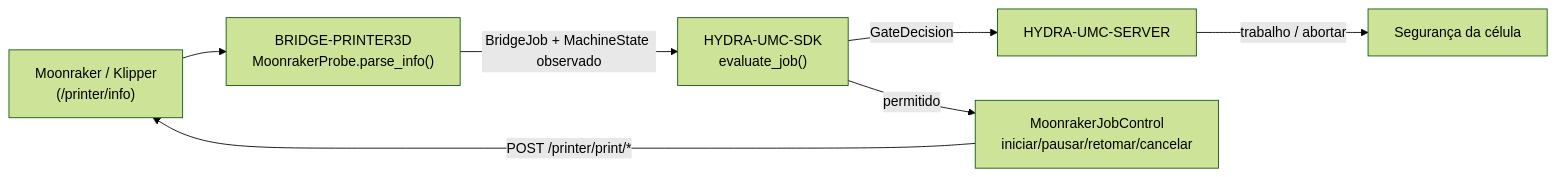
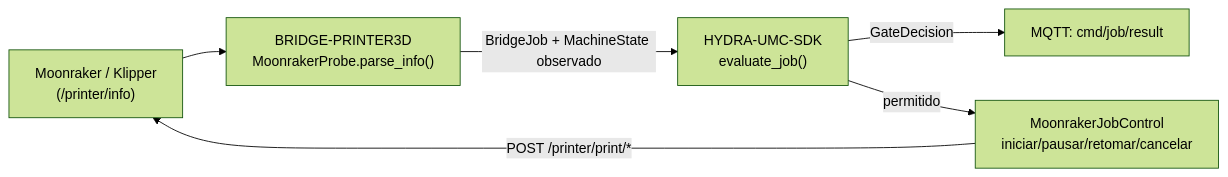
The diagram in README_por.md (JuanenRac/HYDRA-UMC-BRIDGE-PRINTER3D), drawn with Mermaid (forest theme) before and after one commit. The commit also changed other lines of this file and 21 other files, not shown here.

````diff
--- a/README_por.md
+++ b/README_por.md
@@ -48,9 +49,8 @@
 ```mermaid
 flowchart LR
     PRINTER["Moonraker / Klipper<br/>(/printer/info)"] --> BRIDGE["BRIDGE-PRINTER3D<br/>MoonrakerProbe.parse_info()"]
     BRIDGE -- "BridgeJob + MachineState observado" --> SDK["HYDRA-UMC-SDK<br/>evaluate_job()"]
-    SDK -- GateDecision --> SERVER["HYDRA-UMC-SERVER"]
-    SERVER -- "trabalho / abortar" --> CELL["Segurança da célula"]
+    SDK -- GateDecision --> RESULT["MQTT: cmd/job/result"]
     SDK -- "permitido" --> JOBCTRL["MoonrakerJobControl<br/>iniciar/pausar/retomar/cancelar"]
     JOBCTRL -- "POST /printer/print/*" --> PRINTER
 ```
````
